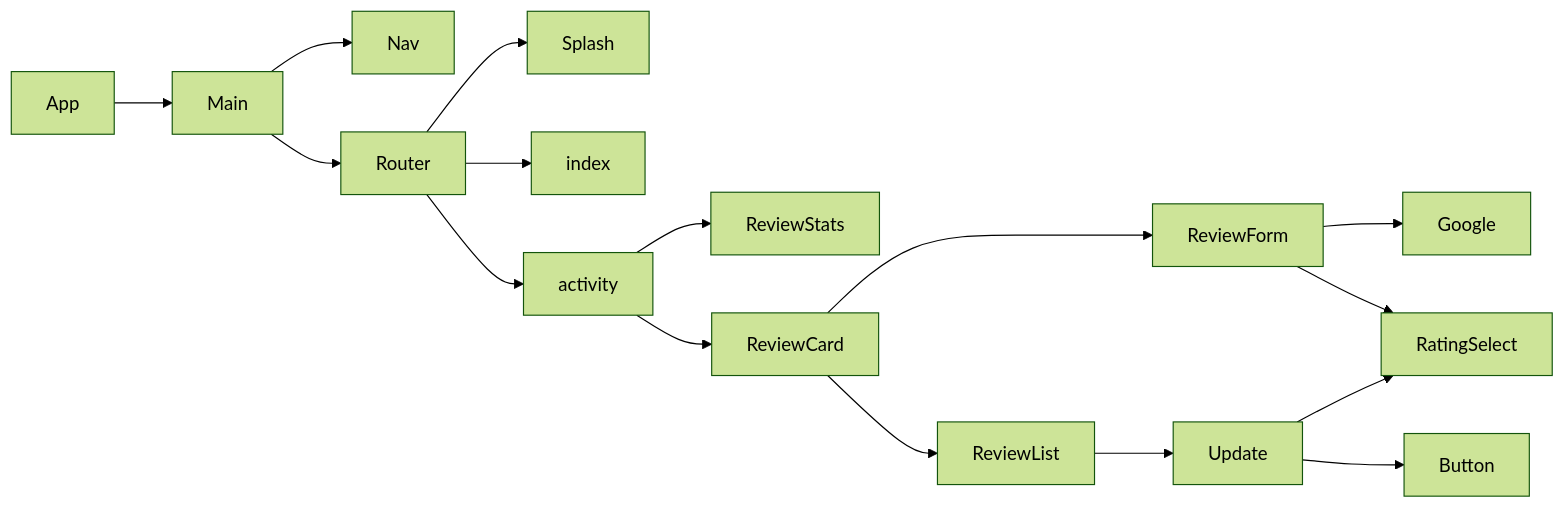
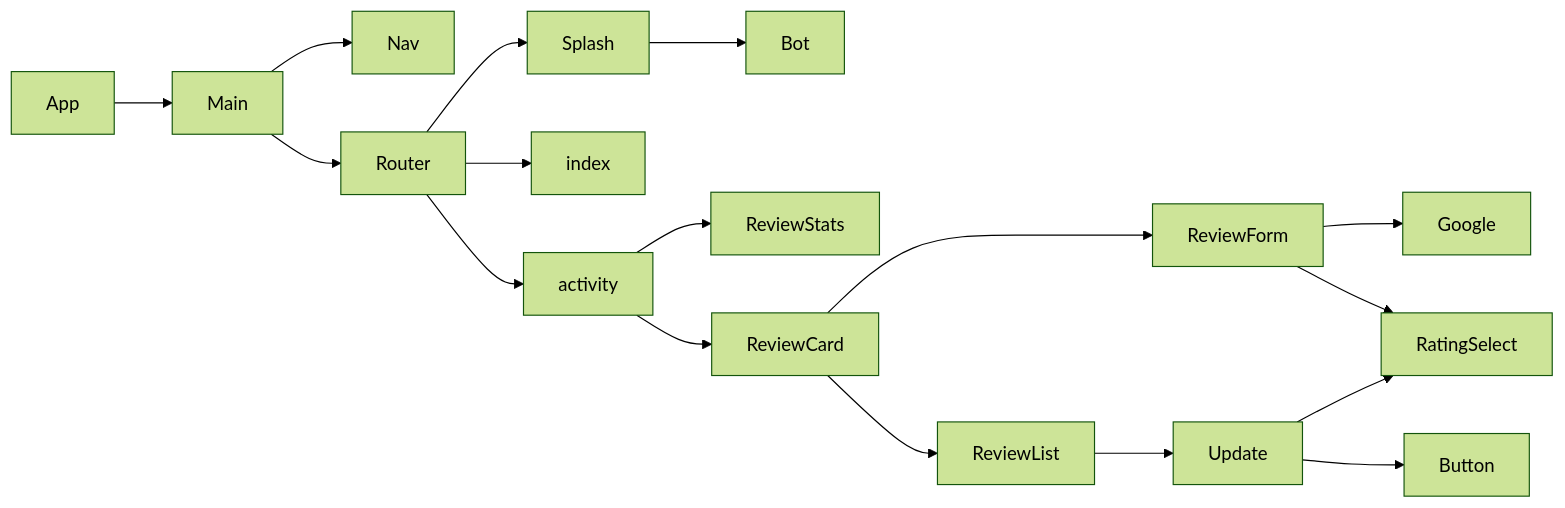
Before and after one commit to kellyluuu/Explore-Florence: the diagram in README.md, drawn with Mermaid (forest theme). The commit also changed other lines of this file, not shown here.

````diff
--- a/README.md
+++ b/README.md
@@ -49,19 +52,20 @@
 ```mermaid
 flowchart LR
 App-->Main
 Main-->Nav
 Main-->Router
 Router-->Splash
+Splash-->Bot
 Router-->index
 Router--> activity
 activity-->ReviewStats
 activity-->ReviewCard
 ReviewCard-->ReviewForm
 ReviewCard-->ReviewList
 ReviewForm-->Google
 ReviewForm-->RatingSelect
 ReviewList-->Update
 Update-->Button
 Update-->RatingSelect
 
 ```
````
